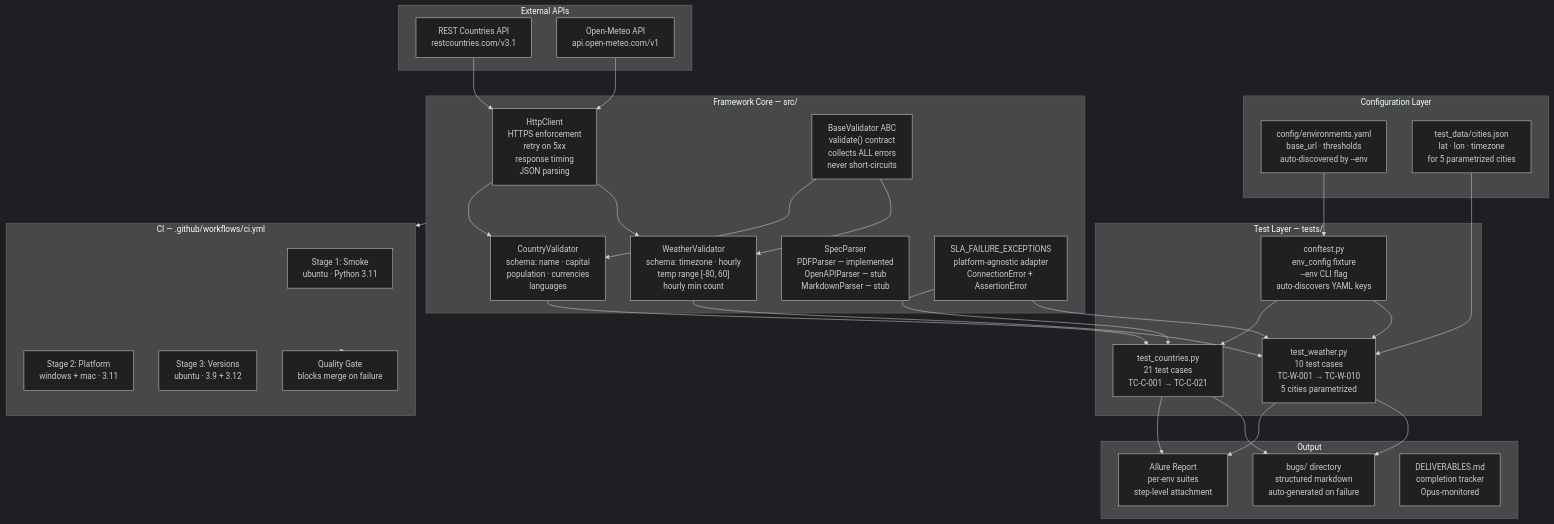
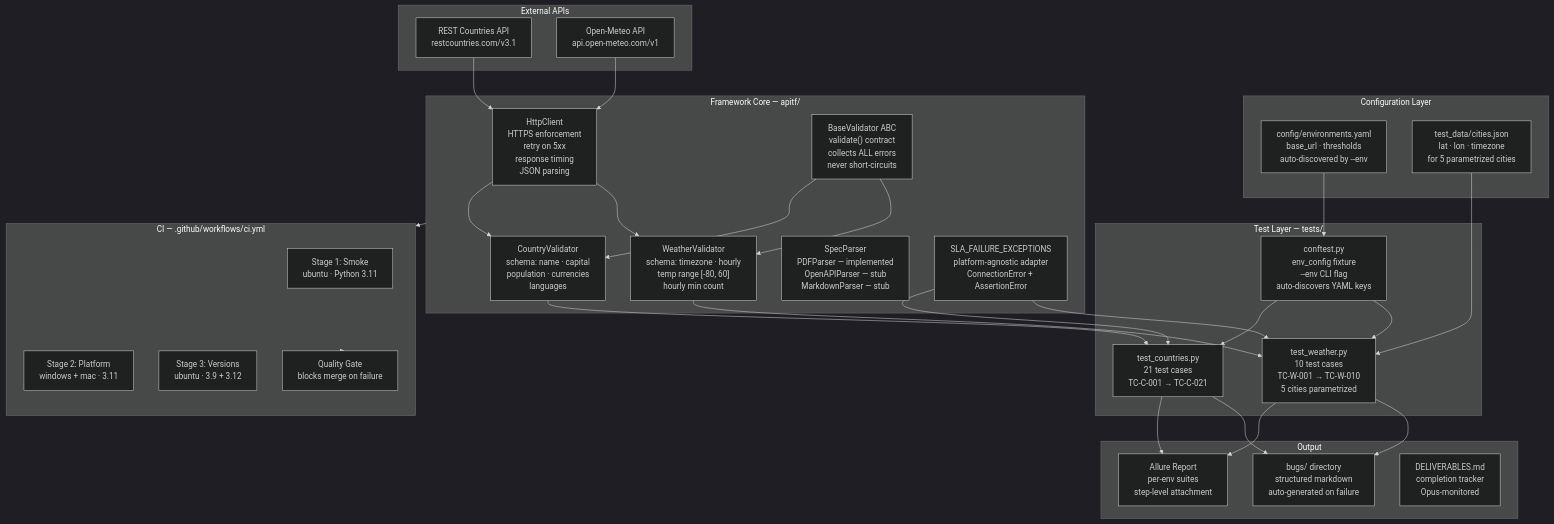
Before and after one commit to sks-54/api-test-framework: the first of 7 diagrams in README.md, drawn with Mermaid (dark theme). The commit also changed other lines of this file and 43 other files, not shown here.

````diff
--- a/README.md
+++ b/README.md
@@ -43,61 +43,61 @@
 ```mermaid
 graph TD
     subgraph External_APIs["External APIs"]
         A1["REST Countries API\nrestcountries.com/v3.1"]
         A2["Open-Meteo API\napi.open-meteo.com/v1"]
     end
 
     subgraph Config_Layer["Configuration Layer"]
         YAML["config/environments.yaml\nbase_url · thresholds\nauto-discovered by --env"]
         DATA["test_data/cities.json\nlat · lon · timezone\nfor 5 parametrized cities"]
     end
 
-    subgraph Framework_Core["Framework Core — src/"]
+    subgraph Framework_Core["Framework Core — apitf/"]
         HC["HttpClient\nHTTPS enforcement\nretry on 5xx\nresponse timing\nJSON parsing"]
         BV["BaseValidator ABC\nvalidate() contract\ncollects ALL errors\nnever short-circuits"]
         CV["CountryValidator\nschema: name · capital\npopulation · currencies\nlanguages"]
         WV["WeatherValidator\nschema: timezone · hourly\ntemp range [-80, 60]\nhourly min count"]
         PP["SpecParser\nPDFParser — implemented\nOpenAPIParser — stub\nMarkdownParser — stub"]
         SLA["SLA_FAILURE_EXCEPTIONS\nplatform-agnostic adapter\nConnectionError + AssertionError"]
     end
 
     subgraph Test_Layer["Test Layer — tests/"]
         CF["conftest.py\nenv_config fixture\n--env CLI flag\nauto-discovers YAML keys"]
         TC["test_countries.py\n21 test cases\nTC-C-001 → TC-C-021"]
         TW["test_weather.py\n10 test cases\nTC-W-001 → TC-W-010\n5 cities parametrized"]
     end
 
     subgraph Output["Output"]
         AL["Allure Report\nper-env suites\nstep-level attachment"]
         BG["bugs/ directory\nstructured markdown\nauto-generated on failure"]
         DT["DELIVERABLES.md\ncompletion tracker\nOpus-monitored"]
     end
 
     subgraph CI["CI — .github/workflows/ci.yml"]
         SM["Stage 1: Smoke\nubuntu · Python 3.11"]
         PL["Stage 2: Platform\nwindows + mac · 3.11"]
         VS["Stage 3: Versions\nubuntu · 3.9 + 3.12"]
         GQ["Quality Gate\nblocks merge on failure"]
     end
 
     YAML --> CF
     DATA --> TW
     CF --> TC
     CF --> TW
     A1 --> HC
     A2 --> HC
     HC --> CV
     HC --> WV
     BV --> CV
     BV --> WV
     CV --> TC
     WV --> TW
     SLA --> TC
     SLA --> TW
     TC --> AL
     TW --> AL
     TC --> BG
     TW --> BG
     Framework_Core --> CI
     CI --> GQ
 ```
````
